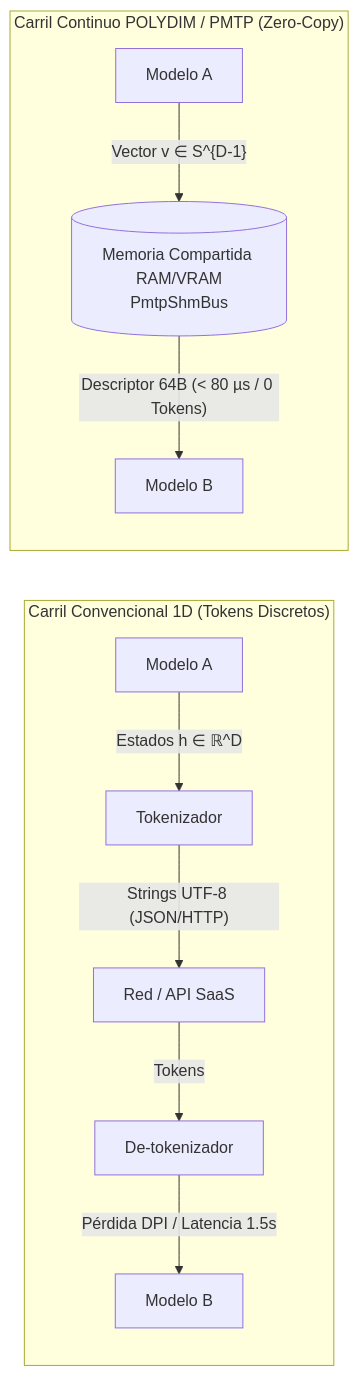
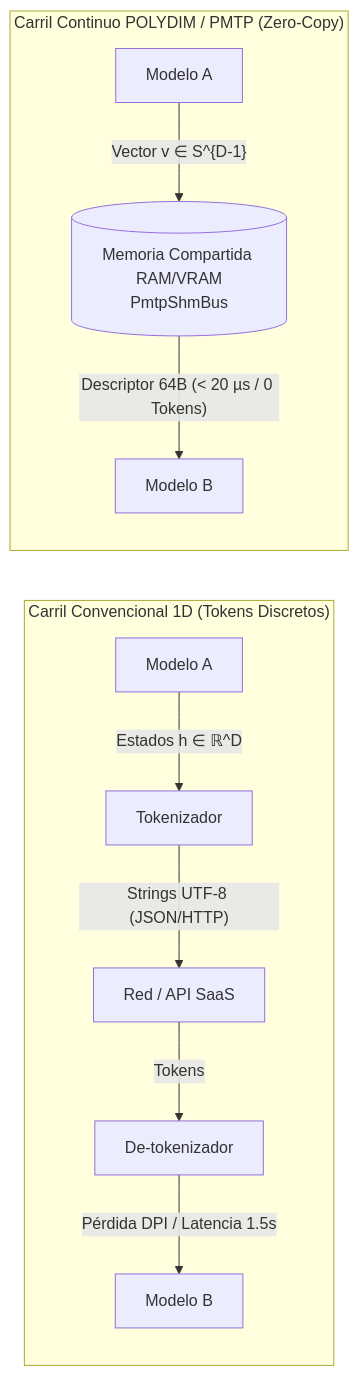
Before and after one commit to AGT1973/POLYDIM_EinSof: the diagram in README.md, drawn with Mermaid. The commit also changed other lines of this file and 6 other files, not shown here.

````diff
--- a/README.md
+++ b/README.md
@@ -32,17 +55,17 @@
 ```mermaid
 flowchart LR
     subgraph Tradicional["Carril Convencional 1D (Tokens Discretos)"]
         direction TB
         M1["Modelo A"] -->|"Estados h ∈ ℝ^D"| Tok["Tokenizador"]
         Tok -->|"Strings UTF-8 (JSON/HTTP)"| Net["Red / API SaaS"]
         Net -->|"Tokens"| Detok["De-tokenizador"]
         Detok -->|"Pérdida DPI / Latencia 1.5s"| M2["Modelo B"]
     end
 
     subgraph Polydim["Carril Continuo POLYDIM / PMTP (Zero-Copy)"]
         direction TB
         P1["Modelo A"] -->|"Vector v ∈ S^{D-1}"| SHM[("Memoria Compartida RAM/VRAM
 PmtpShmBus")]
-        SHM -->|"Descriptor 64B (< 80 µs / 0 Tokens)"| P2["Modelo B"]
+        SHM -->|"Descriptor 64B (< 20 µs / 0 Tokens)"| P2["Modelo B"]
     end
 ```
````
